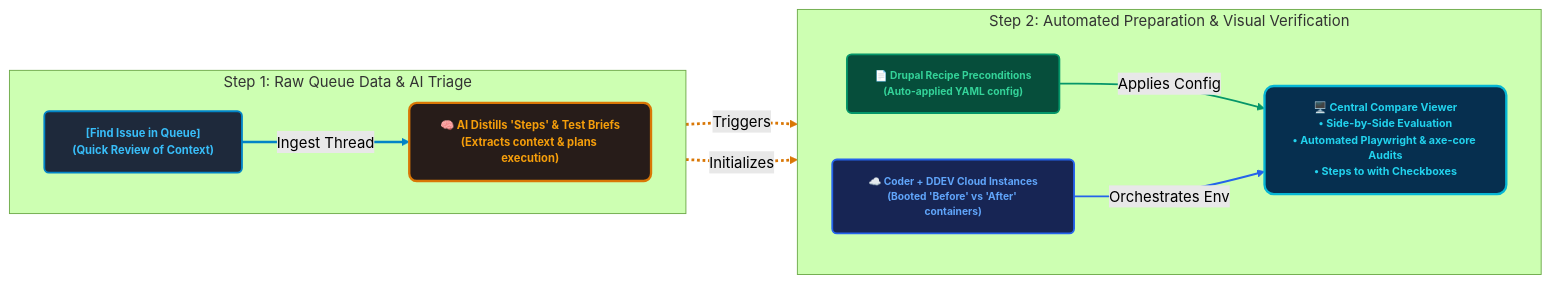
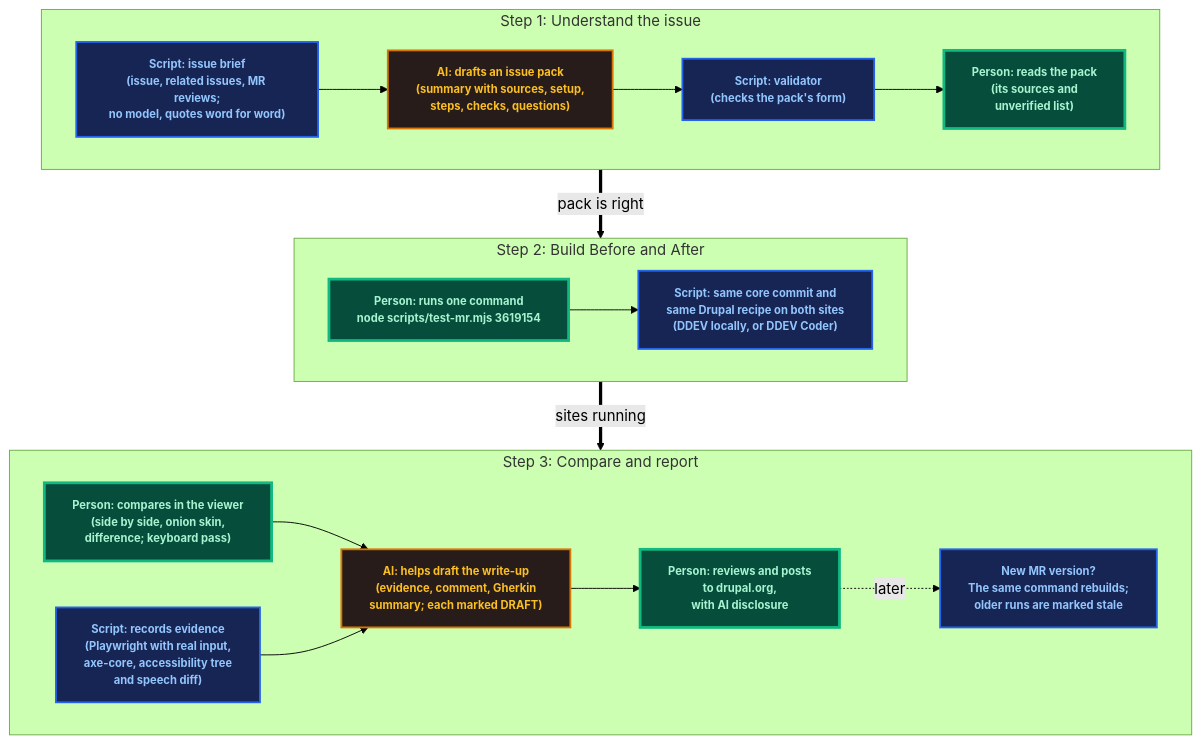
One commit to mgifford/mermaid-graphs changed the second of 2 diagrams in Drupal-issue-queue.md. Above: the diagram before and after it, drawn with Mermaid (forest theme). The commit also changed other lines of this file, not shown here.

````diff
--- a/Drupal-issue-queue.md
+++ b/Drupal-issue-queue.md
@@ -51,41 +47,41 @@
 ```mermaid
-flowchart LR
-    %% Define Global Styles
-    classDef originBox fill:#1e293b,stroke:#0284c7,stroke-width:2px,color:#38bdf8,font-size:12px,font-weight:bold,rx:5px,ry:5px;
-    classDef aiBox fill:#271c19,stroke:#d97706,stroke-width:2.5px,color:#f59e0b,font-size:12px,font-weight:bold,rx:8px,ry:8px;
-    classDef recipeBox fill:#064e3b,stroke:#059669,stroke-width:2px,color:#34d399,font-size:11px,font-weight:bold,rx:5px,ry:5px;
-    classDef envBox fill:#172554,stroke:#2563eb,stroke-width:2px,color:#60a5fa,font-size:11px,font-weight:bold,rx:5px,ry:5px;
-    classDef targetBox fill:#062f4f,stroke:#06b6d4,stroke-width:2.5px,color:#22d3ee,font-size:11.5px,font-weight:bold,rx:10px,ry:10px;
+flowchart TB
+    accTitle: Reviewing a Drupal core issue with drupal-core-lab
+    accDescr: A script writes a brief of the issue without a model. An AI assistant drafts an issue pack, a validator checks its form, and a person reads it. A person runs one command, which builds Before and After from the same core commit and the same Drupal recipe, locally or in a DDEV Coder workspace. A person compares them in the viewer while scripts record evidence. AI helps draft the write-up, and a person reviews it and posts to drupal.org. A new merge request version is rebuilt with the same command.
 
-    %% Row 1 (Input & AI): Wide Row
-    subgraph Row1 [Step 1: Raw Queue Data & AI Triage]
+    classDef script fill:#172554,stroke:#2563eb,stroke-width:2px,color:#93c5fd,font-size:12px,font-weight:bold;
+    classDef ai fill:#271c19,stroke:#d97706,stroke-width:2px,color:#fbbf24,font-size:12px,font-weight:bold;
+    classDef person fill:#064e3b,stroke:#10b981,stroke-width:3px,color:#a7f3d0,font-size:12px,font-weight:bold;
+
+    subgraph Understand [Step 1: Understand the issue]
         direction LR
-        QueueNode["[Find Issue in Queue]<br/>(Quick Review of Context)"]:::originBox
-        AINode["🧠 AI Distills 'Steps' & Test Briefs<br/>(Extracts context & plans execution)"]:::aiBox
-
-        QueueNode -->|Ingest Thread| AINode
+        A["Script: issue brief<br/>(issue, related issues, MR reviews;<br/>no model, quotes word for word)"]:::script
+        B["AI: drafts an issue pack<br/>(summary with sources, setup,<br/>steps, checks, questions)"]:::ai
+        C["Script: validator<br/>(checks the pack's form)"]:::script
+        D["Person: reads the pack<br/>(its sources and<br/>unverified list)"]:::person
+        A --> B --> C --> D
     end
 
-    %% Transition down
-    AINode ==>|Triggers| RecipeNode
-    AINode ==>|Initializes| ContainerNode
-
-    %% Row 2 (Preparation & Verification): Horizontal, wider layout
-    subgraph Row2 [Step 2: Automated Preparation & Visual Verification]
+    subgraph Build [Step 2: Build Before and After]
         direction LR
-        RecipeNode["📄 Drupal Recipe Preconditions<br/>(Auto-applied YAML config)"]:::recipeBox
-        ContainerNode["☁️ Coder + DDEV Cloud Instances<br/>(Booted 'Before' vs 'After' containers)"]:::envBox
-        ViewerNode["🖥️ Central Compare Viewer<br/>• Side-by-Side Evaluation<br/>• Automated Playwright & axe-core Audits<br/>• Steps to with Checkboxes"]:::targetBox
-
-        %% Ensure parallel horizontal paths pointing to the target on the right
-        RecipeNode -->|Applies Config| ViewerNode
-        ContainerNode -->|Orchestrates Env| ViewerNode
+        E["Person: runs one command<br/>node scripts/test-mr.mjs 3619154"]:::person
+        F["Script: same core commit and<br/>same Drupal recipe on both sites<br/>(DDEV locally, or DDEV Coder)"]:::script
+        E --> F
     end
 
-    %% Connection styles
-    linkStyle 0 stroke:#0284c7,stroke-width:2.5px;
-    linkStyle 1 stroke:#d97706,stroke-width:3px,stroke-dasharray:3 3;
-    linkStyle 2 stroke:#d97706,stroke-width:3px,stroke-dasharray:3 3;
-    linkStyle 3 stroke:#059669,stroke-width:2px;
-    linkStyle 4 stroke:#2563eb,stroke-width:2px;
+    subgraph Compare [Step 3: Compare and report]
+        direction LR
+        G["Person: compares in the viewer<br/>(side by side, onion skin,<br/>difference; keyboard pass)"]:::person
+        H["Script: records evidence<br/>(Playwright with real input,<br/>axe-core, accessibility tree<br/>and speech diff)"]:::script
+        I["AI: helps draft the write-up<br/>(evidence, comment, Gherkin<br/>summary; each marked DRAFT)"]:::ai
+        J["Person: reviews and posts<br/>to drupal.org,<br/>with AI disclosure"]:::person
+        K["New MR version?<br/>The same command rebuilds;<br/>older runs are marked stale"]:::script
+        G --> I
+        H --> I
+        I --> J
+        J -.->|later| K
+    end
+
+    Understand ==>|pack is right| Build
+    Build ==>|sites running| Compare
 ```
````
